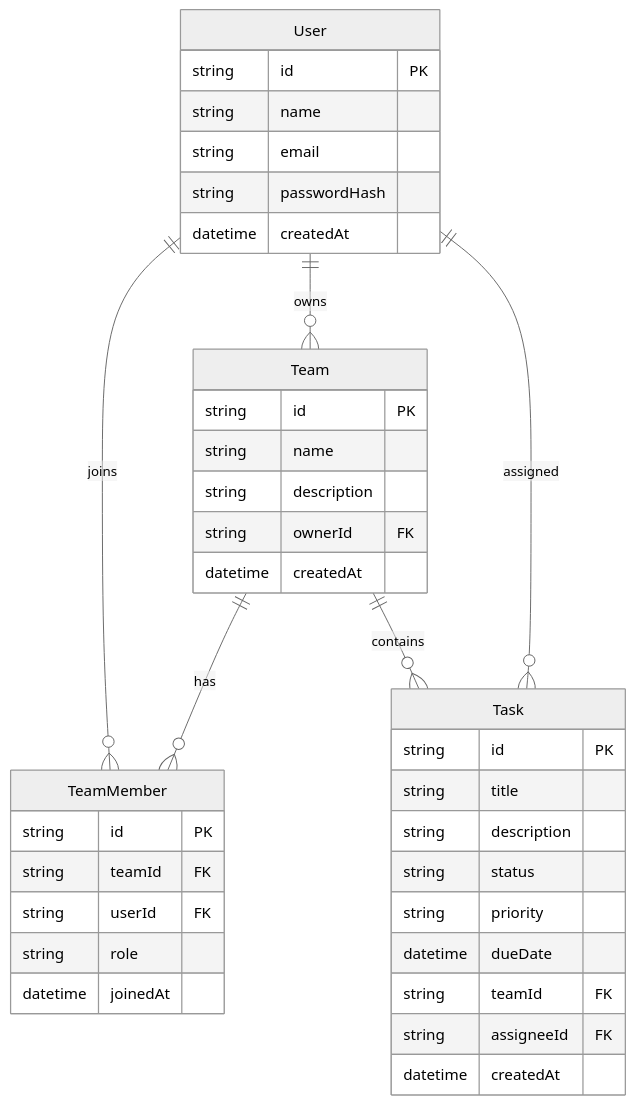
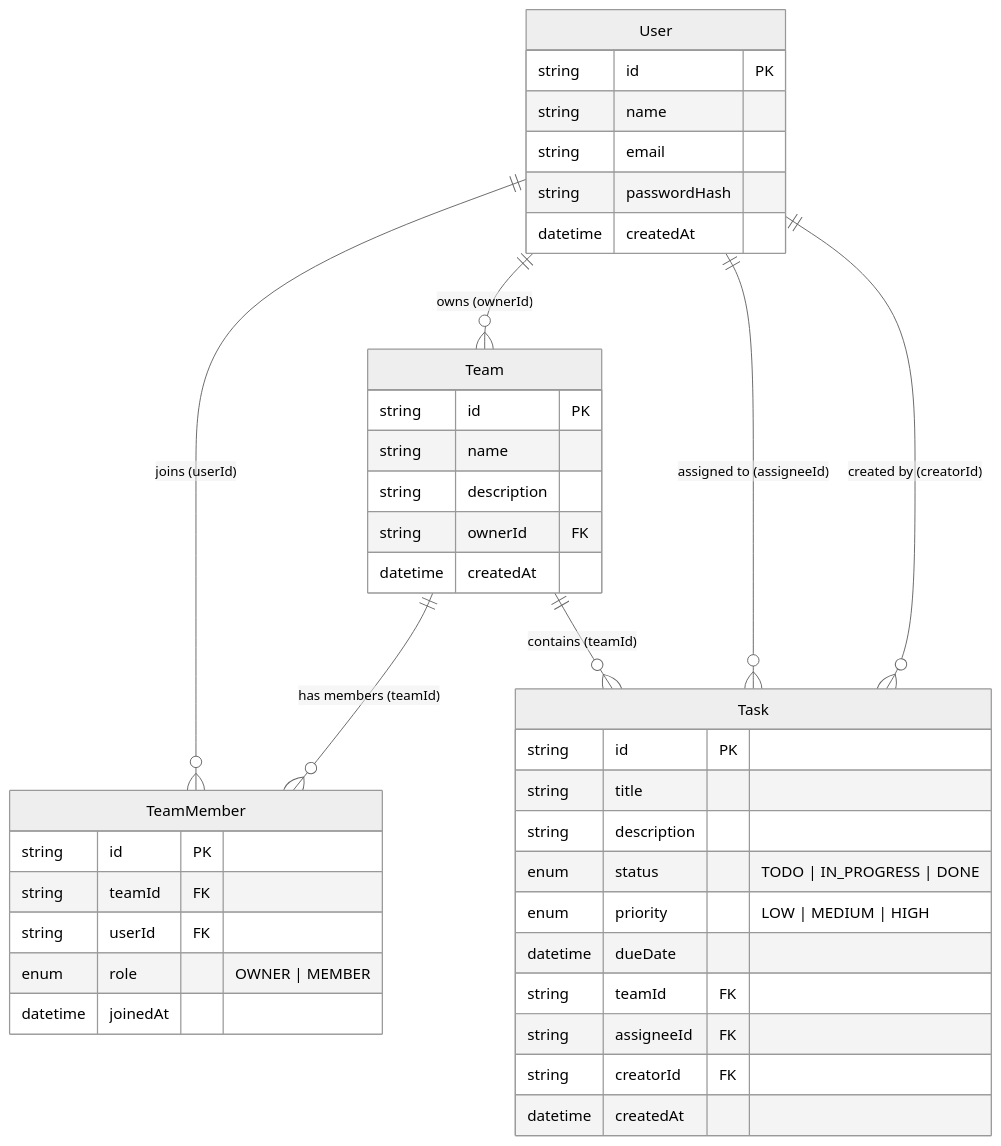
One commit to catsocute-dev/task-management-app changed the diagram in README.md. Above: the diagram before and after it, drawn with Mermaid (neutral theme). The commit also changed other lines of this file and 39 other files, not shown here.

Commit message:
feat: implement Assignment 2 Task & Team Management App with auth, CRUD APIs, and Kanban board

````diff
--- a/README.md
+++ b/README.md
@@ -74,41 +138,43 @@
 ```mermaid
 erDiagram
-  User ||--o{ Team : owns
-  User ||--o{ TeamMember : joins
-  Team ||--o{ TeamMember : has
-  Team ||--o{ Task : contains
-  User ||--o{ Task : assigned
+  User ||--o{ Team : "owns (ownerId)"
+  User ||--o{ TeamMember : "joins (userId)"
+  Team ||--o{ TeamMember : "has members (teamId)"
+  Team ||--o{ Task : "contains (teamId)"
+  User ||--o{ Task : "assigned to (assigneeId)"
+  User ||--o{ Task : "created by (creatorId)"
 
   User {
     string id PK
     string name
     string email
     string passwordHash
     datetime createdAt
   }
   Team {
     string id PK
     string name
     string description
     string ownerId FK
     datetime createdAt
   }
   TeamMember {
     string id PK
     string teamId FK
     string userId FK
-    string role
+    enum role "OWNER | MEMBER"
     datetime joinedAt
   }
   Task {
     string id PK
     string title
     string description
-    string status
-    string priority
+    enum status "TODO | IN_PROGRESS | DONE"
+    enum priority "LOW | MEDIUM | HIGH"
     datetime dueDate
     string teamId FK
     string assigneeId FK
+    string creatorId FK
     datetime createdAt
   }
 ```
````
